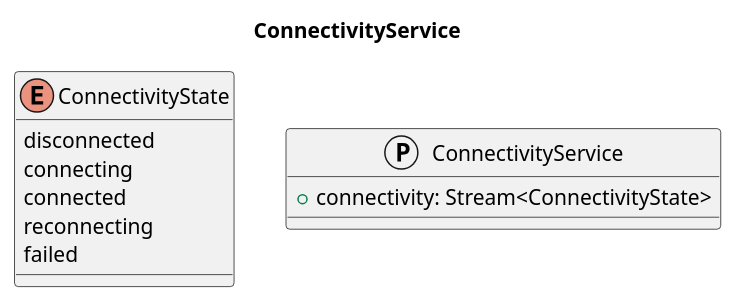
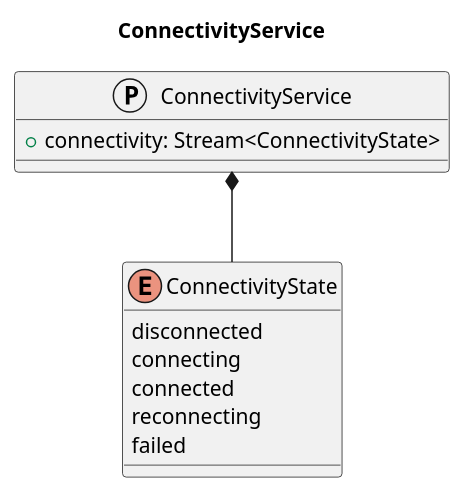
Before and after one commit to vitali-kurlovich/demo-service-layer: the diagram in Documents/Services/ConnectivityService.puml, drawn with PlantUML. The commit also changed 9 other files, not shown here.

Commit message:
Update UML

```diff
--- a/Documents/Services/ConnectivityService.puml
+++ b/Documents/Services/ConnectivityService.puml
@@ -1,16 +1,18 @@
 @startuml
 title ConnectivityService
 
 enum ConnectivityState {
     disconnected
     connecting
     connected
     reconnecting
     failed
 }
 
 protocol ConnectivityService {
     + connectivity: Stream<ConnectivityState>
 }
 
+ConnectivityService *-- ConnectivityState
+
 @end
```
